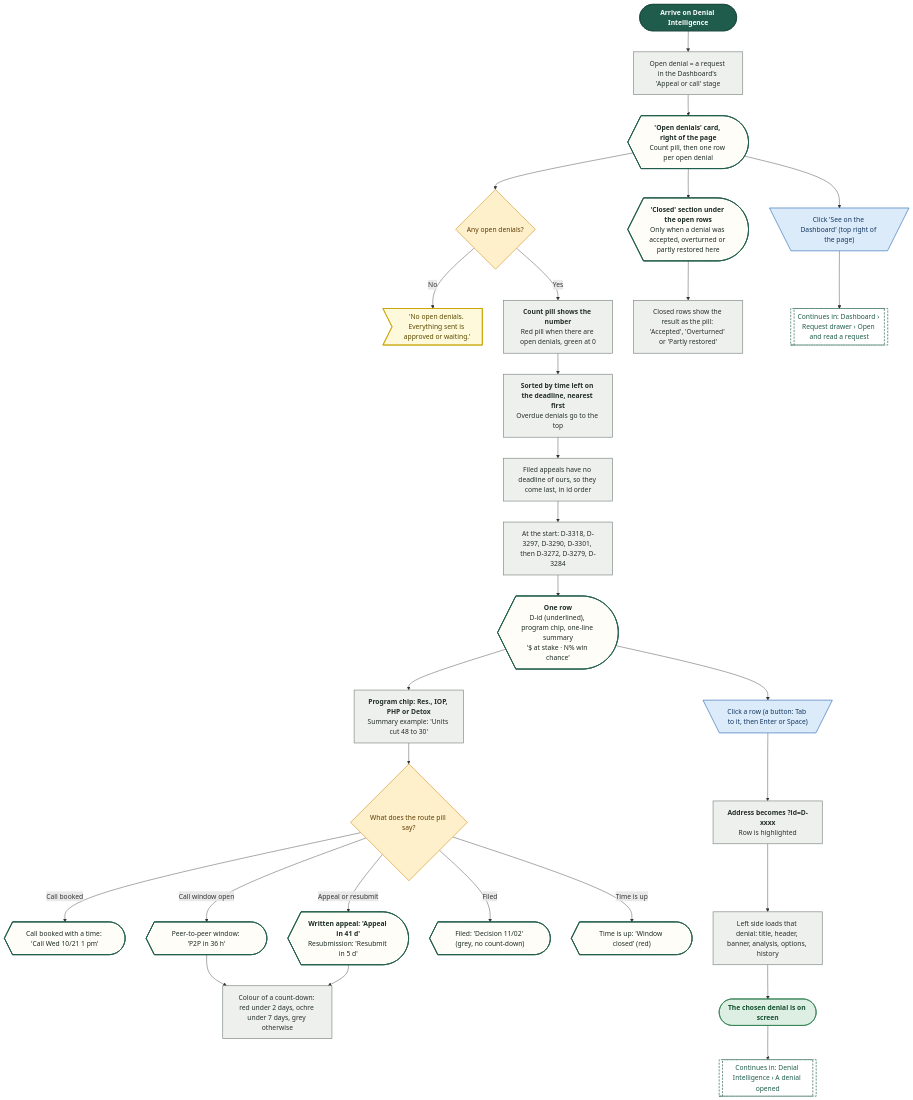
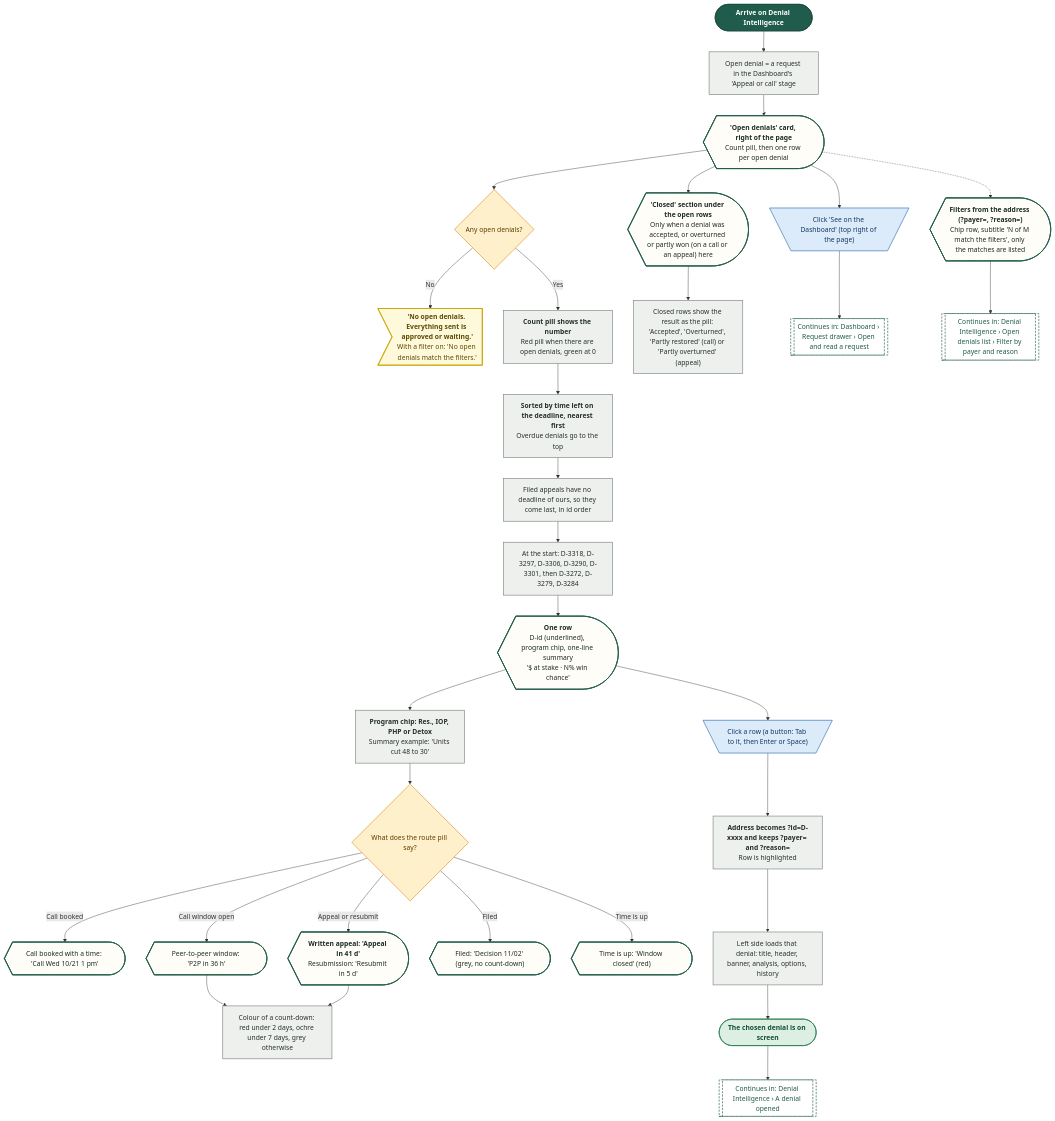
The second of 20 diagrams in demos/prior-auth-demo/workflows/out/md/06-denials.md (Shrav143/psyfloapp), drawn with Mermaid before and after one commit. The commit also changed other lines of this file and 195 other files, not shown here.

First line of the commit message:
docs: Rebuild workflow diagrams after the demo fixes (220 diagrams)

````diff
--- a/demos/prior-auth-demo/workflows/out/md/06-denials.md
+++ b/demos/prior-auth-demo/workflows/out/md/06-denials.md
@@ -91,70 +96,73 @@
 ```mermaid
 %%{init: {"theme":"base","themeVariables":{"fontFamily":"'DM Sans', 'Segoe UI', system-ui, sans-serif","fontSize":"15px","lineColor":"#5B6B63","primaryTextColor":"#1C2B25","clusterBkg":"#FBF8F3","clusterBorder":"#D9CDBB","edgeLabelBackground":"#FFFFFF"},"flowchart":{"curve":"basis","nodeSpacing":36,"rankSpacing":48,"padding":12,"htmlLabels":true,"useMaxWidth":false,"wrappingWidth":230}} }%%
 flowchart TD
   classDef k_start fill:#1F5C4B,stroke:#174638,color:#FFFFFF,stroke-width:1.5px,font-weight:600
   classDef k_end fill:#DDEFE3,stroke:#2E7D4F,color:#14502F,stroke-width:1.5px,font-weight:600
   classDef k_endx fill:#FBE3E0,stroke:#C0392B,color:#7A1F16,stroke-width:1.5px,font-weight:600
   classDef k_screen fill:#FFFDF8,stroke:#1F5C4B,color:#1C2B25,stroke-width:2px
   classDef k_overlay fill:#F1F7F3,stroke:#1F5C4B,color:#1C2B25,stroke-width:2px,stroke-dasharray:5 3
   classDef k_click fill:#DCEBFA,stroke:#2F6DB5,color:#12365F,stroke-width:1.5px
   classDef k_input fill:#E4E7FF,stroke:#4C5FD5,color:#1D2670,stroke-width:1.5px
   classDef k_process fill:#EEF0EE,stroke:#7A857F,color:#26302B,stroke-width:1.5px
   classDef k_agent fill:#EEE5FA,stroke:#7A4FC2,color:#341A63,stroke-width:1.5px
   classDef k_decision fill:#FFF0CC,stroke:#D9962B,color:#5C3B00,stroke-width:1.5px
   classDef k_store fill:#D5F0EA,stroke:#1C8E7B,color:#0B4A3F,stroke-width:1.5px
   classDef k_doc fill:#F6E9DC,stroke:#B07A4C,color:#4A2E14,stroke-width:1.5px
   classDef k_ext fill:#FFE6D2,stroke:#E07B39,color:#6B2F06,stroke-width:1.5px
   classDef k_wait fill:#E4E8EE,stroke:#6B7C93,color:#26303D,stroke-width:1.5px
   classDef k_toast fill:#FFF9DB,stroke:#C9A400,color:#5A4A00,stroke-width:1.5px
   classDef k_goto fill:#FFFFFF,stroke:#1F5C4B,color:#1F5C4B,stroke-width:1.5px,stroke-dasharray:5 3
   s1@{ shape: stadium, label: "Arrive on Denial Intelligence" }
   sc1@{ shape: curv-trap, label: "<b>'Open denials' card, right of the page</b><br/>Count pill, then one row per open denial" }
   p1@{ shape: rect, label: "Open denial = a request in the Dashboard's 'Appeal or call' stage" }
   d1@{ shape: diam, label: "Any open denials?" }
-  t1@{ shape: odd, label: "'No open denials. Everything sent is approved or waiting.'" }
+  t1@{ shape: odd, label: "<b>'No open denials. Everything sent is approved or waiting.'</b><br/>With a filter on: 'No open denials match the filters.'" }
   p2@{ shape: rect, label: "<b>Count pill shows the number</b><br/>Red pill when there are open denials, green at 0" }
   p3@{ shape: rect, label: "<b>Sorted by time left on the deadline, nearest first</b><br/>Overdue denials go to the top" }
   p4@{ shape: rect, label: "Filed appeals have no deadline of ours, so they come last, in id order" }
-  p5@{ shape: rect, label: "At the start: D-3318, D-3297, D-3290, D-3301, then D-3272, D-3279, D-3284" }
+  p5@{ shape: rect, label: "At the start: D-3318, D-3297, D-3306, D-3290, D-3301, then D-3272, D-3279, D-3284" }
   r1@{ shape: curv-trap, label: "<b>One row</b><br/>D-id (underlined), program chip, one-line summary<br/>'$ at stake · N% win chance'" }
   p6@{ shape: rect, label: "<b>Program chip: Res., IOP, PHP or Detox</b><br/>Summary example: 'Units cut 48 to 30'" }
   d2@{ shape: diam, label: "What does the route pill say?" }
   rp1@{ shape: curv-trap, label: "Call booked with a time: 'Call Wed 10/21 1 pm'" }
   rp2@{ shape: curv-trap, label: "Peer-to-peer window: 'P2P in 36 h'" }
   rp3@{ shape: curv-trap, label: "<b>Written appeal: 'Appeal in 41 d'</b><br/>Resubmission: 'Resubmit in 5 d'" }
   rp4@{ shape: curv-trap, label: "Filed: 'Decision 11/02' (grey, no count-down)" }
   rp5@{ shape: curv-trap, label: "Time is up: 'Window closed' (red)" }
   p7@{ shape: rect, label: "Colour of a count-down: red under 2 days, ochre under 7 days, grey otherwise" }
-  cl1@{ shape: curv-trap, label: "<b>'Closed' section under the open rows</b><br/>Only when a denial was accepted, overturned or partly restored here" }
-  p8@{ shape: rect, label: "Closed rows show the result as the pill: 'Accepted', 'Overturned' or 'Partly restored'" }
+  cl1@{ shape: curv-trap, label: "<b>'Closed' section under the open rows</b><br/>Only when a denial was accepted, or overturned or partly won (on a call or an appeal) here" }
+  p8@{ shape: rect, label: "Closed rows show the result as the pill: 'Accepted', 'Overturned', 'Partly restored' (call) or 'Partly overturned' (appeal)" }
   c1@{ shape: trap-t, label: "Click a row (a button: Tab to it, then Enter or Space)" }
-  p9@{ shape: rect, label: "<b>Address becomes ?id=D-xxxx</b><br/>Row is highlighted" }
+  p9@{ shape: rect, label: "<b>Address becomes ?id=D-xxxx and keeps ?payer= and ?reason=</b><br/>Row is highlighted" }
   p10@{ shape: rect, label: "Left side loads that denial: title, header, banner, analysis, options, history" }
   c2@{ shape: trap-t, label: "Click 'See on the Dashboard' (top right of the page)" }
   g1@{ shape: subproc, label: "Continues in: Denial Intelligence › A denial opened" }
   g2@{ shape: subproc, label: "Continues in: Dashboard › Request drawer › Open and read a request" }
+  sf@{ shape: curv-trap, label: "<b>Filters from the address (?payer=, ?reason=)</b><br/>Chip row, subtitle 'N of M match the filters', only the matches are listed" }
+  g3@{ shape: subproc, label: "Continues in: Denial Intelligence › Open denials list › Filter by payer and reason" }
   e1@{ shape: stadium, label: "The chosen denial is on screen" }
   s1 --> p1 --> sc1 --> d1
   d1 -->|"No"| t1
   d1 -->|"Yes"| p2 --> p3 --> p4 --> p5
   p5 --> r1 --> p6 --> d2
   d2 -->|"Call booked"| rp1
   d2 -->|"Call window open"| rp2
   d2 -->|"Appeal or resubmit"| rp3
   d2 -->|"Filed"| rp4
   d2 -->|"Time is up"| rp5
   rp2 --> p7
   rp3 --> p7
   sc1 --> cl1 --> p8
   r1 --> c1 --> p9 --> p10 --> e1
   e1 --> g1
   sc1 --> c2 --> g2
+  sc1 -.-> sf --> g3
   class s1 k_start
-  class sc1,r1,rp1,rp2,rp3,rp4,rp5,cl1 k_screen
+  class sc1,r1,rp1,rp2,rp3,rp4,rp5,cl1,sf k_screen
   class p1,p2,p3,p4,p5,p6,p7,p8,p9,p10 k_process
   class d1,d2 k_decision
   class t1 k_toast
   class c1,c2 k_click
-  class g1,g2 k_goto
+  class g1,g2,g3 k_goto
   class e1 k_end
 ```
````
